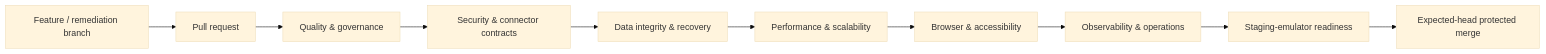
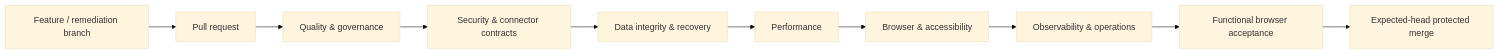
The second of 2 diagrams in README.md (GJvManen/dtmo), drawn with Mermaid (base theme) before and after one commit. The commit also changed other lines of this file, not shown here.

Commit message:
docs: correct project homepage for RC13 functional acceptance

````diff
--- a/README.md
+++ b/README.md
@@ -101,12 +111,12 @@
 ```mermaid
 flowchart LR
     B[Feature / remediation branch] --> PR[Pull request]
     PR --> Q[Quality & governance]
     Q --> S[Security & connector contracts]
     S --> D[Data integrity & recovery]
-    D --> P[Performance & scalability]
+    D --> P[Performance]
     P --> A[Browser & accessibility]
     A --> O[Observability & operations]
-    O --> E[Staging-emulator readiness]
-    E --> M[Expected-head protected merge]
+    O --> F[Functional browser acceptance]
+    F --> M[Expected-head protected merge]
 ```
````
